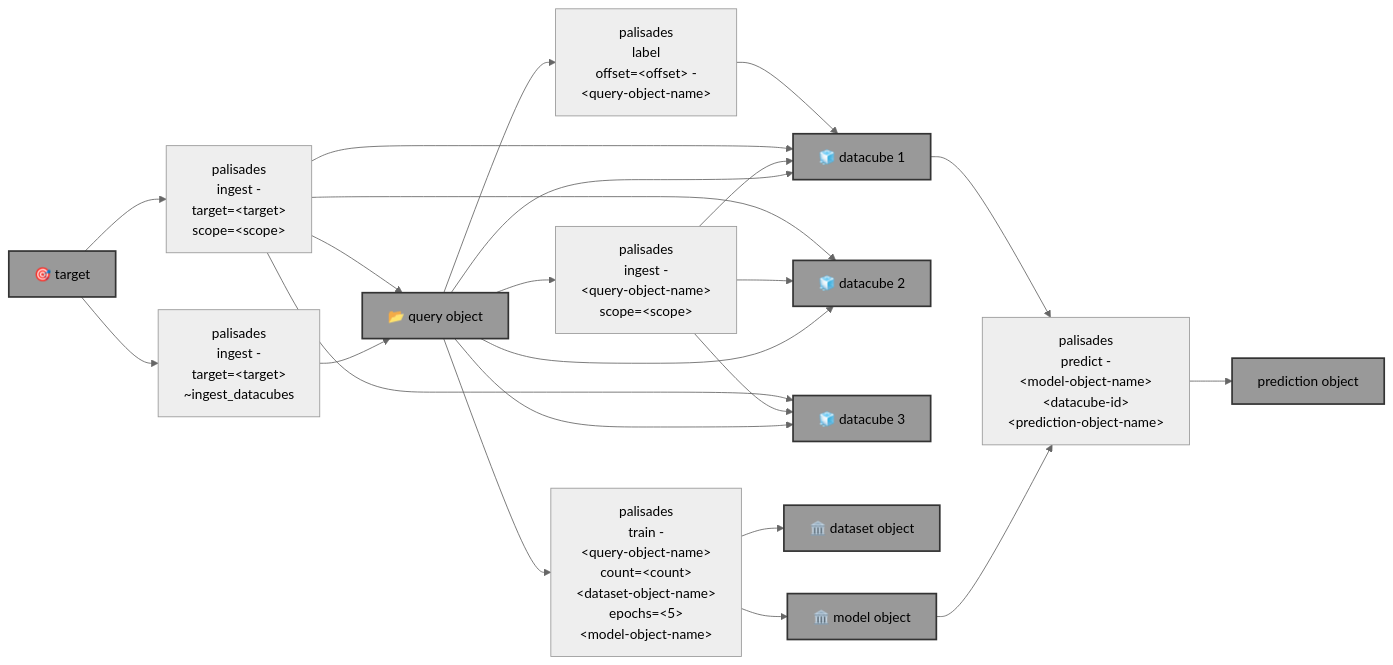
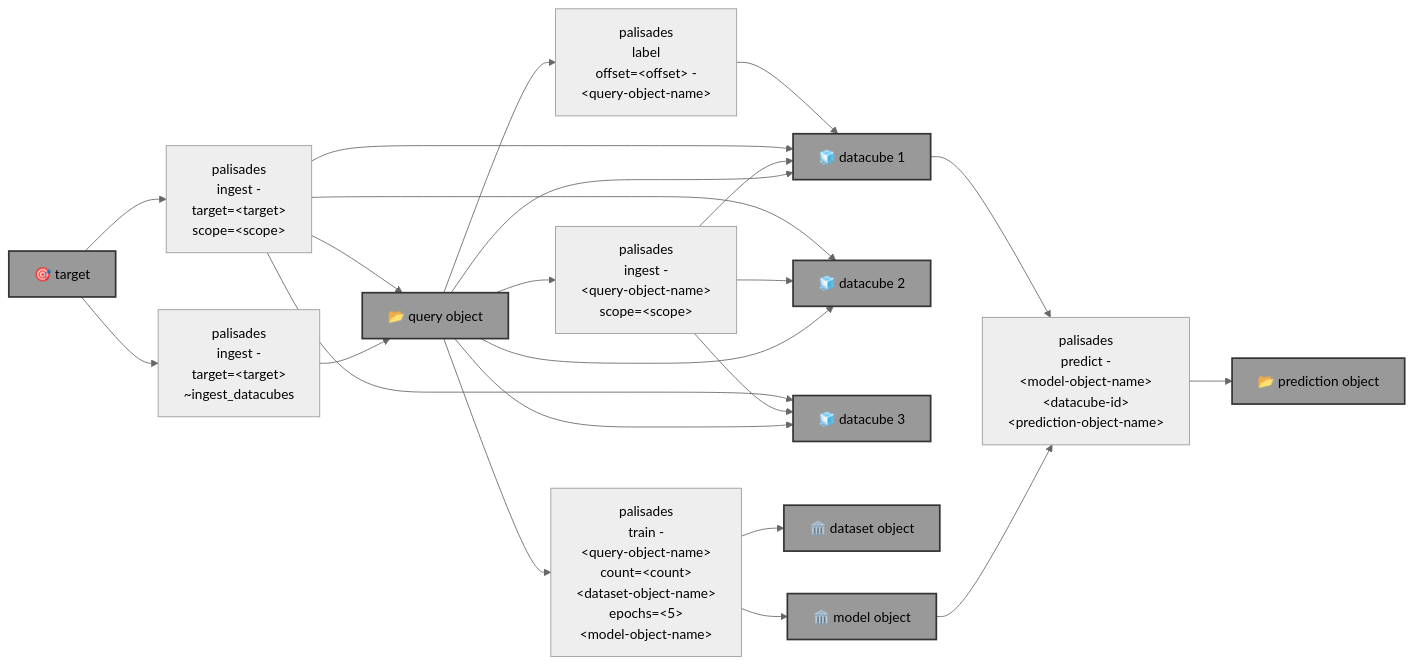
The diagram in blue_sandbox/palisades/README.md (kamangir/blue-sandbox), drawn with Mermaid (neutral theme) before and after one commit. The commit also changed other lines of this file and 3 other files, not shown here.

````diff
--- a/blue_sandbox/palisades/README.md
+++ b/blue_sandbox/palisades/README.md
@@ -5,54 +5,54 @@
 ```mermaid
 graph LR
     palisades_ingest_query_ingest["palisades<br>ingest -<br>&lt;query-object-name&gt;<br>scope=&lt;scope&gt;"]
 
     palisades_ingest_target["palisades<br>ingest -<br>target=&lt;target&gt;<br>~ingest_datacubes"]
 
     palisades_ingest_target_ingest["palisades<br>ingest -<br>target=&lt;target&gt;<br>scope=&lt;scope&gt;"]
 
     palisades_label["palisades<br>label<br>offset=&lt;offset&gt; -<br>&lt;query-object-name&gt;"]
 
     palisades_train["palisades<br>train -<br>&lt;query-object-name&gt;<br>count=&lt;count&gt;<br>&lt;dataset-object-name&gt;<br>epochs=&lt;5&gt;<br>&lt;model-object-name&gt;"]
 
     palisades_predict["palisades<br>predict -<br>&lt;model-object-name&gt;<br>&lt;datacube-id&gt;<br>&lt;prediction-object-name&gt;"]
 
     target["🎯 target"]:::folder
     query_object["📂 query object"]:::folder
     datacube_1["🧊 datacube 1"]:::folder
     datacube_2["🧊 datacube 2"]:::folder
     datacube_3["🧊 datacube 3"]:::folder
     dataset_object["🏛️ dataset object"]:::folder
     model_object["🏛️ model object"]:::folder
-    prediction_object["prediction object"]:::folder
+    prediction_object["📂 prediction object"]:::folder
 
     query_object --> datacube_1
     query_object --> datacube_2
     query_object --> datacube_3
 
     query_object --> palisades_ingest_query_ingest
     palisades_ingest_query_ingest --> datacube_1
     palisades_ingest_query_ingest --> datacube_2
     palisades_ingest_query_ingest --> datacube_3
 
     target --> palisades_ingest_target
     palisades_ingest_target --> query_object
 
     target --> palisades_ingest_target_ingest
     palisades_ingest_target_ingest --> query_object
     palisades_ingest_target_ingest --> datacube_1
     palisades_ingest_target_ingest --> datacube_2
     palisades_ingest_target_ingest --> datacube_3
 
     query_object --> palisades_label
     palisades_label --> datacube_1
 
     query_object --> palisades_train
     palisades_train --> dataset_object
     palisades_train --> model_object
 
     model_object --> palisades_predict
     datacube_1 --> palisades_predict
     palisades_predict --> prediction_object
 
     classDef folder fill:#999,stroke:#333,stroke-width:2px;
 ```
````
